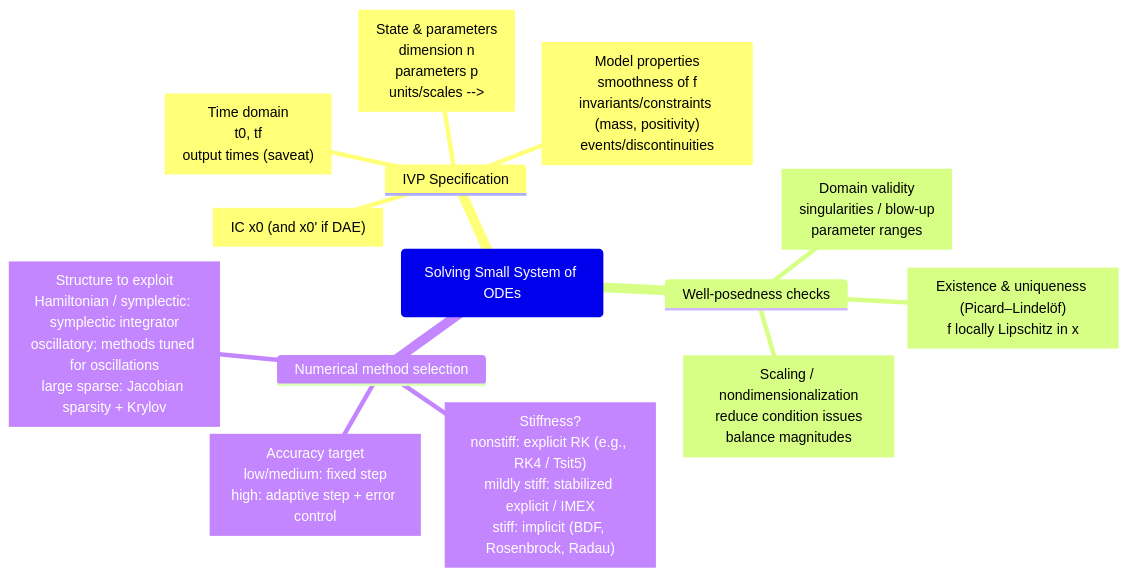
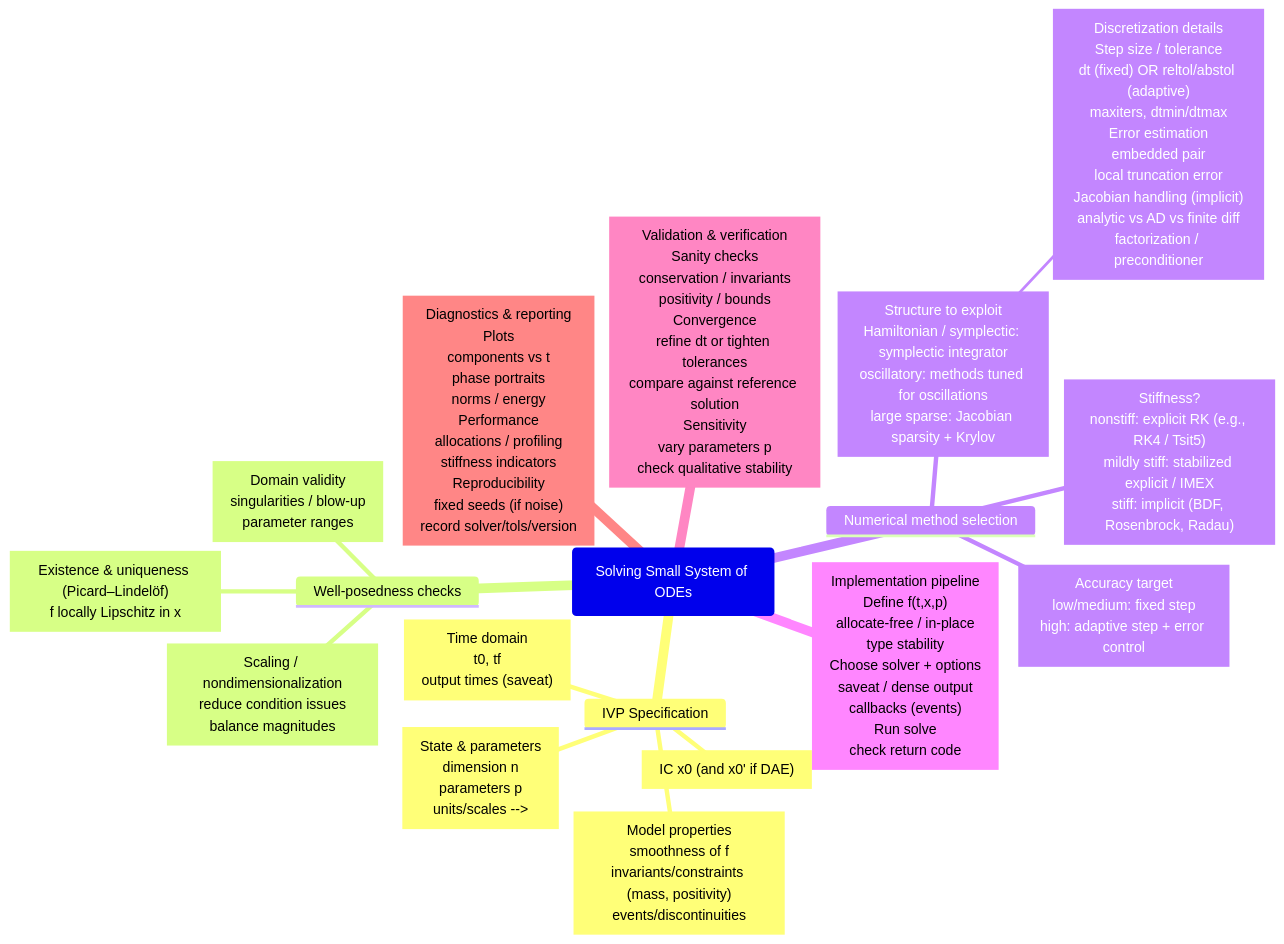
One commit to danphenderson/fast-julia changed the first of 2 diagrams in README.md. Above: the diagram before and after it, drawn with Mermaid.

Commit message:
Mindmap of solving ODE(s) IVP(s).

````diff
--- a/README.md
+++ b/README.md
@@ -16,17 +16,17 @@
         invariants/constraints (mass, positivity)
         events/discontinuities`"]
     Well-posedness checks
-          \newlines["`Existence & uniqueness (Picard–Lindelöf)
-            f locally Lipschitz in x
-          `"]
-          \newlines["`Domain validity
-            singularities / blow-up
-            parameter ranges
-          `"]
-          \newlines["`Scaling / nondimensionalization
-            reduce condition issues
-            balance magnitudes
-          `"]
+      \newlines["`Existence & uniqueness (Picard–Lindelöf)
+        f locally Lipschitz in x
+      `"]
+      \newlines["`Domain validity
+        singularities / blow-up
+        parameter ranges
+      `"]
+      \newlines["`Scaling / nondimensionalization
+        reduce condition issues
+        balance magnitudes
+      `"]
     Numerical method selection
       \newlines["`Stiffness?
         nonstiff: explicit RK (e.g., RK4 / Tsit5)
@@ -41,5 +41,49 @@
         Hamiltonian / symplectic: symplectic integrator
         oscillatory: methods tuned for oscillations
         large sparse: Jacobian sparsity + Krylov
-      `"]        
+      `"]
+          \newlines["`Discretization details
+      Step size / tolerance
+        dt (fixed) OR reltol/abstol (adaptive)
+        maxiters, dtmin/dtmax
+      Error estimation
+        embedded pair
+        local truncation error
+      Jacobian handling (implicit)
+        analytic vs AD vs finite diff
+        factorization / preconditioner
+    `"]   
+    \newlines["`Implementation pipeline
+      Define f(t,x,p)
+        allocate-free / in-place
+        type stability
+      Choose solver + options
+        saveat / dense output
+        callbacks (events)
+      Run solve
+        check return code
+    `"]   
+    \newlines["`Validation & verification
+      Sanity checks
+        conservation / invariants
+        positivity / bounds
+      Convergence
+        refine dt or tighten tolerances
+        compare against reference solution
+      Sensitivity
+        vary parameters p
+        check qualitative stability
+    `"]   
+    \newlines["`Diagnostics & reporting
+      Plots
+        components vs t
+        phase portraits
+        norms / energy
+      Performance
+        allocations / profiling
+        stiffness indicators
+      Reproducibility
+        fixed seeds (if noise)
+        record solver/tols/version
+    `"]     
 ```
````
